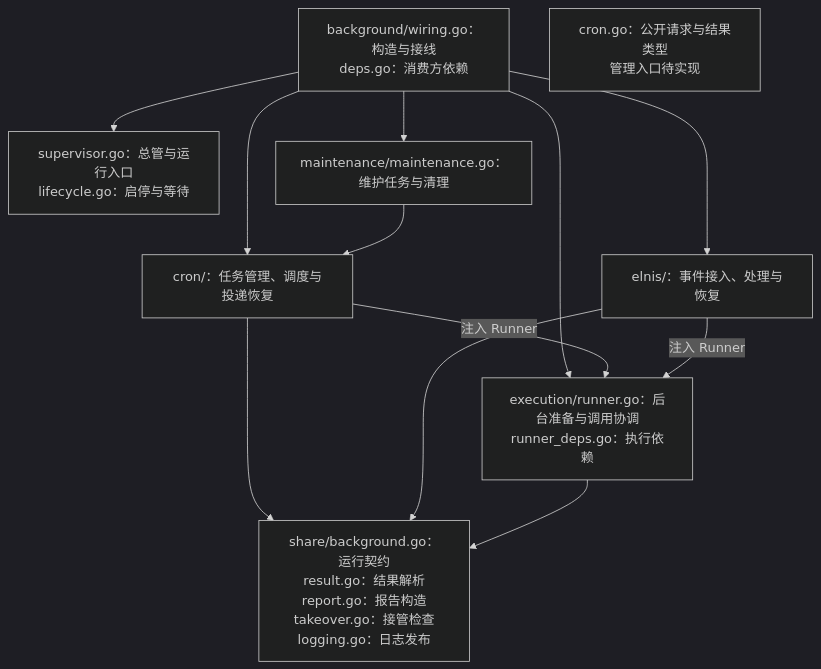
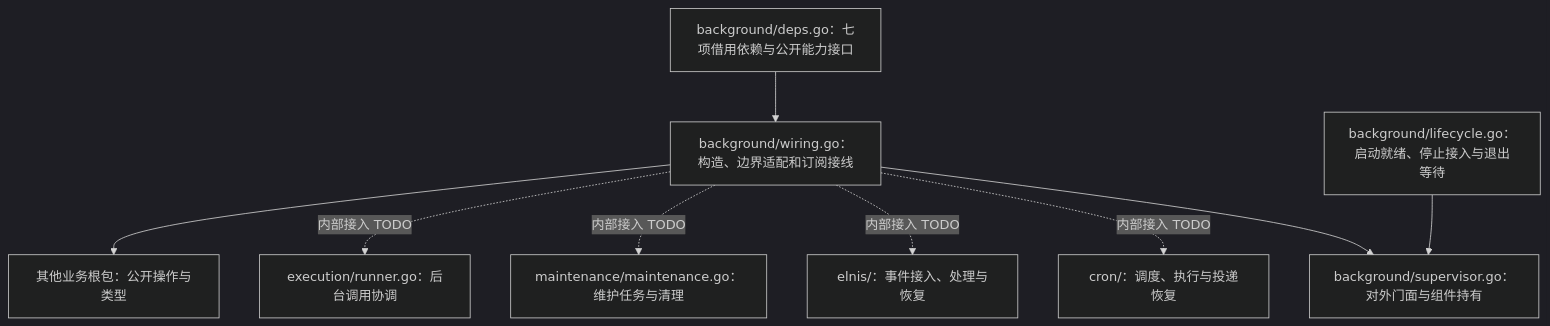
Before and after one commit to Elflare/elbot: diagram 16 of 16 in devdocs/architecture.md, drawn with Mermaid (dark theme). The commit also changed other lines of this file and 7 other files, not shown here.

````diff
--- a/devdocs/architecture.md
+++ b/devdocs/architecture.md
@@ -578,12 +578,11 @@
 ```mermaid
 flowchart TD
-    W["background/wiring.go：构造与接线<br/>deps.go：消费方依赖"] --> S["supervisor.go：总管与运行入口<br/>lifecycle.go：启停与等待"]
-    W --> C["cron/：任务管理、调度与投递恢复"]
-    W --> E["elnis/：事件接入、处理与恢复"]
-    W --> M["maintenance/maintenance.go：维护任务与清理"]
-    W --> X["execution/runner.go：后台准备与调用协调<br/>runner_deps.go：执行依赖"]
-    C & E -->|注入 Runner| X
-    M --> C
-    C & E & X --> H["share/background.go：运行契约<br/>result.go：结果解析<br/>report.go：报告构造<br/>takeover.go：接管检查<br/>logging.go：日志发布"]
-    P["cron.go：公开请求与结果类型<br/>管理入口待实现"]
+    D["background/deps.go：七项借用依赖与公开能力接口"] --> W["background/wiring.go：构造、边界适配和订阅接线"]
+    W --> S["background/supervisor.go：对外门面与组件持有"]
+    L["background/lifecycle.go：启动就绪、停止接入与退出等待"] --> S
+    W -.->|内部接入 TODO| C["cron/：调度、执行与投递恢复"]
+    W -.->|内部接入 TODO| E["elnis/：事件接入、处理与恢复"]
+    W -.->|内部接入 TODO| M["maintenance/maintenance.go：维护任务与清理"]
+    W -.->|内部接入 TODO| X["execution/runner.go：后台调用协调"]
+    W --> P["其他业务根包：公开操作与类型"]
 ```
````
